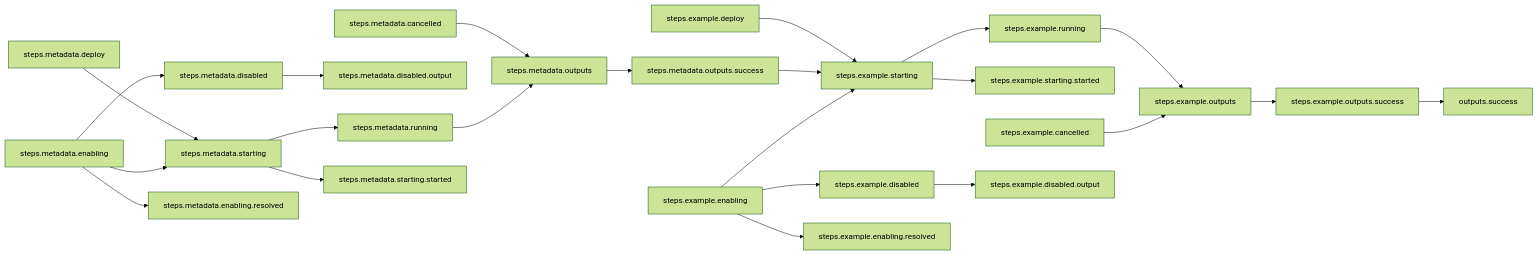
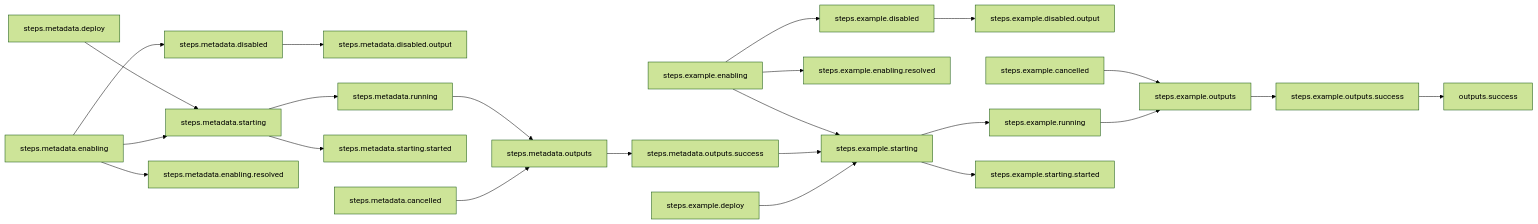
Before and after one commit to arcalot/arcaflow-workflows: the diagram in basic-examples/serial-data_passing/README.md, drawn with Mermaid (forest theme). The commit also changed other lines of this file and 19 other files, not shown here.

````diff
--- a/basic-examples/serial-data_passing/README.md
+++ b/basic-examples/serial-data_passing/README.md
@@ -36,26 +44,27 @@
 ```mermaid
+%% Mermaid markdown workflow
 flowchart LR
 %% Success path
-steps.metadata.cancelled-->steps.metadata.outputs
-steps.example.running-->steps.example.outputs
 steps.metadata.disabled-->steps.metadata.disabled.output
-steps.example.starting-->steps.example.starting.started
-steps.example.starting-->steps.example.running
+steps.metadata.outputs-->steps.metadata.outputs.success
+steps.example.enabling-->steps.example.disabled
+steps.example.enabling-->steps.example.enabling.resolved
+steps.example.enabling-->steps.example.starting
+steps.example.disabled-->steps.example.disabled.output
 steps.metadata.deploy-->steps.metadata.starting
-steps.metadata.outputs-->steps.metadata.outputs.success
-steps.example.outputs-->steps.example.outputs.success
-steps.example.deploy-->steps.example.starting
-steps.example.outputs.success-->outputs.success
-steps.metadata.running-->steps.metadata.outputs
+steps.metadata.outputs.success-->steps.example.starting
 steps.example.cancelled-->steps.example.outputs
 steps.metadata.enabling-->steps.metadata.enabling.resolved
 steps.metadata.enabling-->steps.metadata.starting
 steps.metadata.enabling-->steps.metadata.disabled
+steps.metadata.running-->steps.metadata.outputs
+steps.example.running-->steps.example.outputs
+steps.example.starting-->steps.example.starting.started
+steps.example.starting-->steps.example.running
 steps.metadata.starting-->steps.metadata.starting.started
 steps.metadata.starting-->steps.metadata.running
-steps.metadata.outputs.success-->steps.example.starting
-steps.example.disabled-->steps.example.disabled.output
-steps.example.enabling-->steps.example.enabling.resolved
-steps.example.enabling-->steps.example.starting
-steps.example.enabling-->steps.example.disabled
+steps.example.outputs-->steps.example.outputs.success
+steps.example.outputs.success-->outputs.success
+steps.metadata.cancelled-->steps.metadata.outputs
+steps.example.deploy-->steps.example.starting
 ```
````
